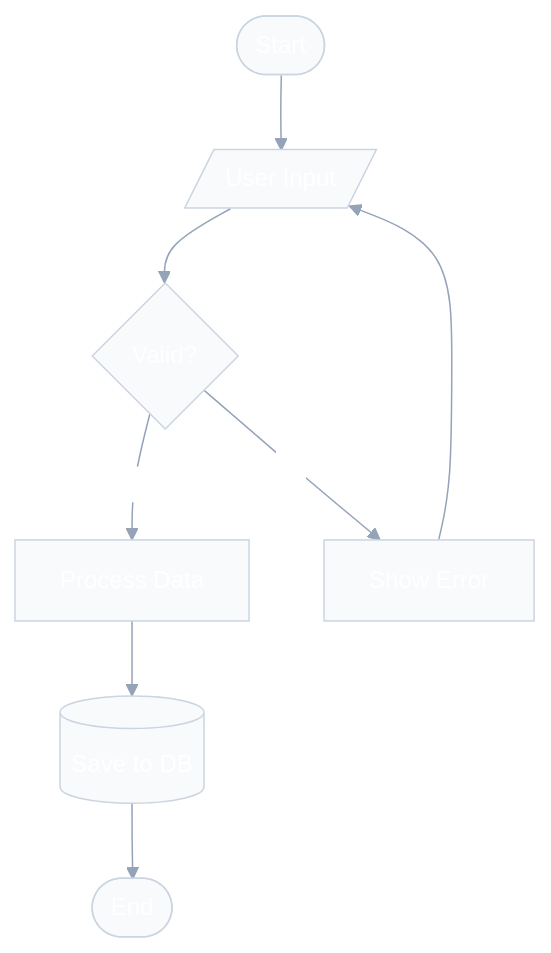
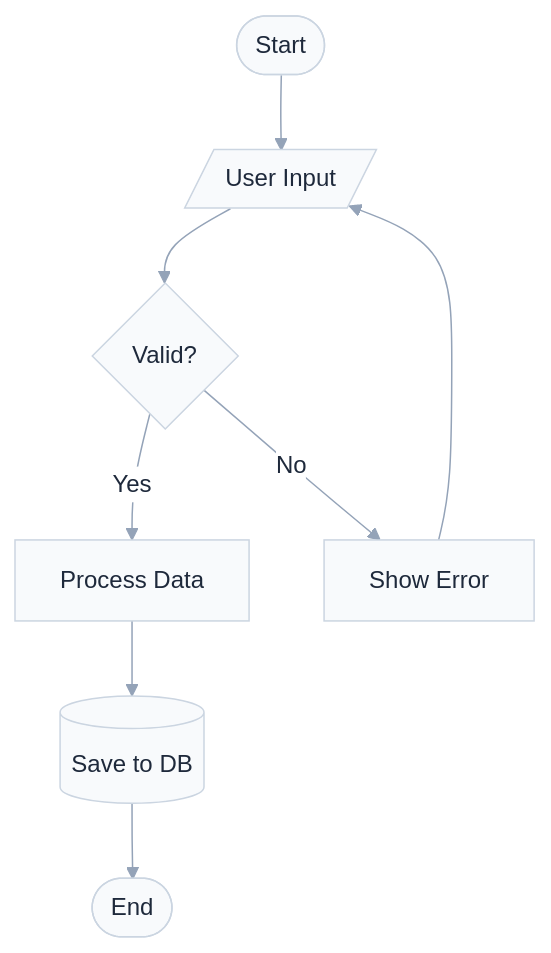
One commit to tech-leads-club/agent-skills changed the first of 3 diagrams in packages/skills-catalog/skills/(tooling)/mermaid-studio/SKILL.md. Above: the diagram before and after it, drawn with Mermaid. The commit also changed other lines of this file and 6 other files, not shown here.

First line of the commit message:
fix(skills-catalog): ensure readable mermaid light palettes

````diff
--- a/packages/skills-catalog/skills/(tooling)/mermaid-studio/SKILL.md
+++ b/packages/skills-catalog/skills/(tooling)/mermaid-studio/SKILL.md
@@ -174,19 +179,22 @@
 ```mermaid
 %%{init: {'theme': 'base', 'themeVariables': {
-  'primaryColor': '#4f46e5', 'primaryTextColor': '#fff',
+  'primaryColor': '#eef2ff', 'primaryTextColor': '#1e293b',
   'primaryBorderColor': '#3730a3', 'lineColor': '#94a3b8',
-  'secondaryColor': '#10b981', 'tertiaryColor': '#f59e0b',
+  'secondaryColor': '#d1fae5', 'tertiaryColor': '#fef3c7',
   'background': '#ffffff', 'mainBkg': '#f8fafc',
   'nodeBorder': '#cbd5e1', 'clusterBkg': '#f1f5f9',
   'clusterBorder': '#e2e8f0', 'titleColor': '#1e293b',
-  'edgeLabelBackground': '#ffffff'
+  'edgeLabelBackground': '#ffffff', 'textColor': '#334155',
+  'nodeTextColor': '#1e293b', 'actorBkg': '#f8fafc',
+  'actorTextColor': '#1e293b', 'noteBkgColor': '#fef3c7',
+  'noteTextColor': '#1e293b'
 }}}%%
 flowchart TD
     Start([Start]) --> Input[/User Input/]
     Input --> Validate{Valid?}
     Validate -->|Yes| Process[Process Data]
     Validate -->|No| Error[Show Error]
     Error --> Input
     Process --> Save[(Save to DB)]
     Save --> End([End])
 ```
````
